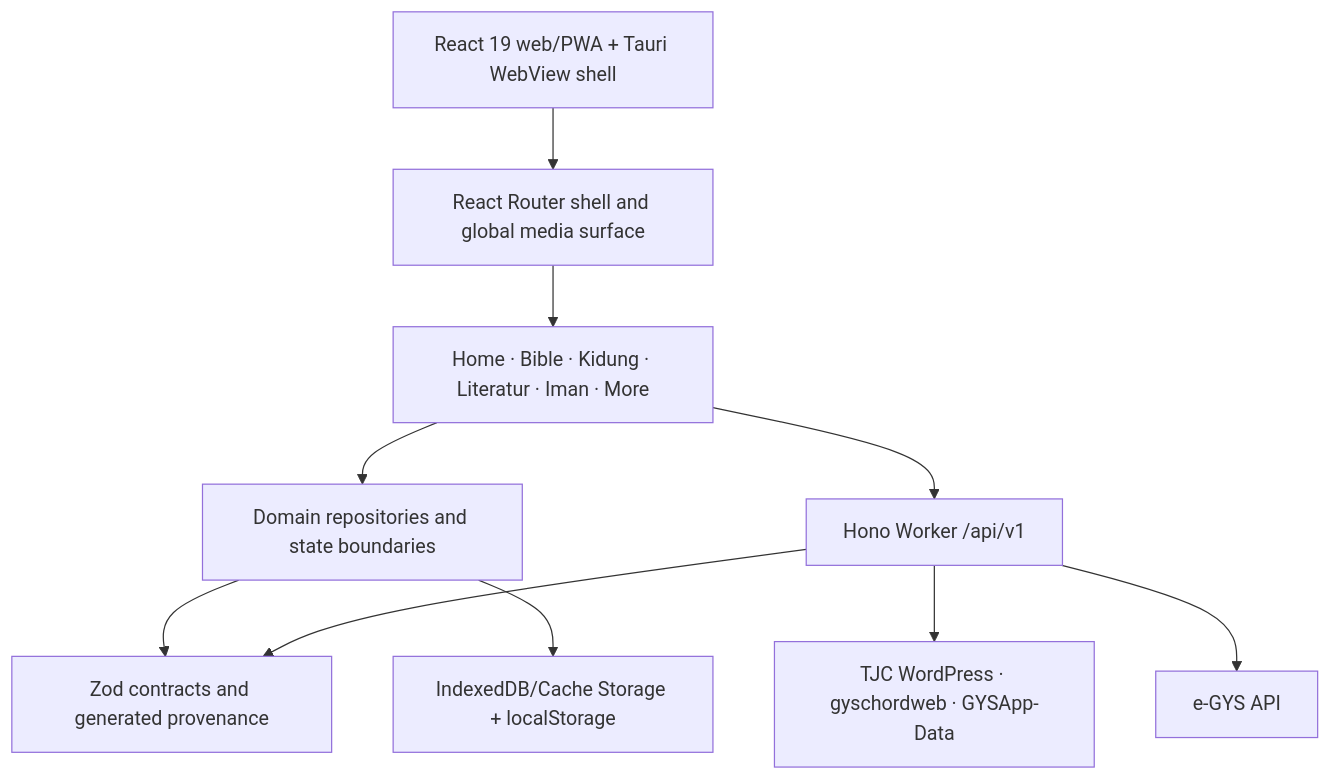
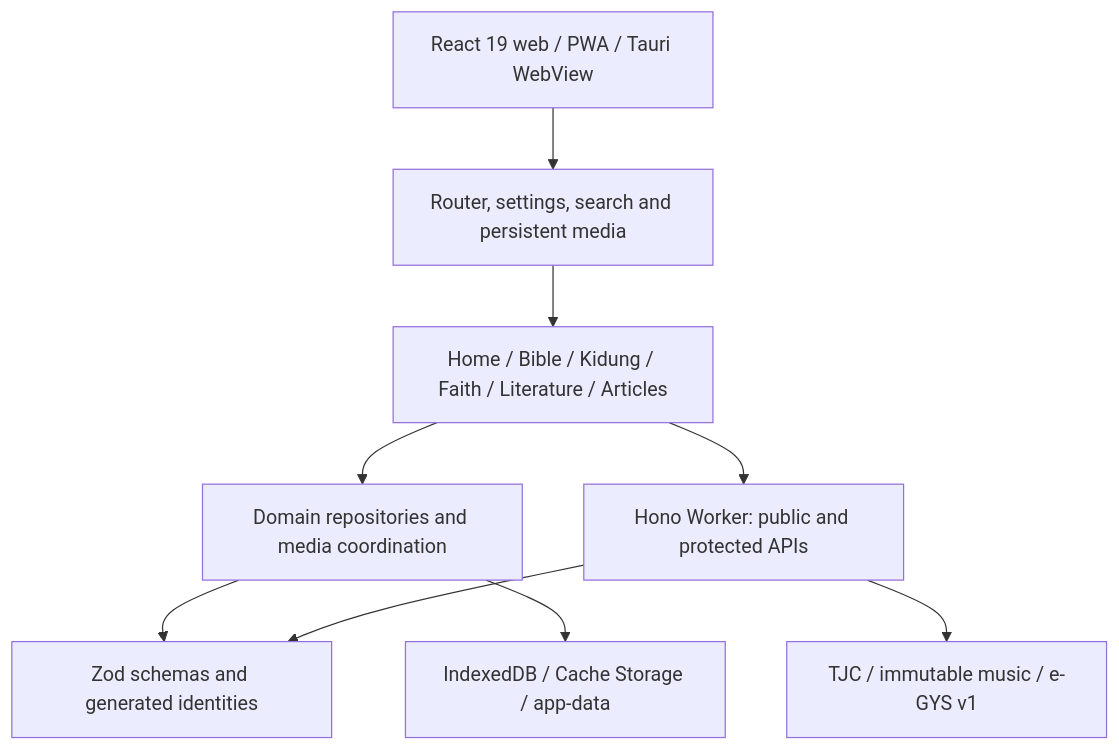
The first of 19 diagrams in docs/architecture.md (gyspnk/GYSApp-Tauri), drawn with Mermaid before and after one commit. The commit also changed other lines of this file and 140 other files, not shown here.

````diff
--- a/docs/architecture.md
+++ b/docs/architecture.md
@@ -6,20 +8,16 @@
 ```mermaid
 flowchart TB
-  UI[React 19 web/PWA + Tauri WebView shell]
-  ROUTER[React Router shell and global media surface]
-  FEATURES[Home · Bible · Kidung · Literatur · Iman · More]
-  DOMAIN[Domain repositories and state boundaries]
-  CONTRACTS[Zod contracts and generated provenance]
-  BFF[Hono Worker /api/v1]
-  LOCAL[IndexedDB/Cache Storage + localStorage]
-  SOURCES[TJC WordPress · gyschordweb · GYSApp-Data]
-  EGYS[e-GYS API]
-
-  UI --> ROUTER --> FEATURES --> DOMAIN
-  DOMAIN --> CONTRACTS
-  DOMAIN --> LOCAL
-  FEATURES --> BFF
-  BFF --> CONTRACTS
-  BFF --> SOURCES
-  BFF --> EGYS
+  UI[React 19 web / PWA / Tauri WebView]
+  SHELL[Router, settings, search and persistent media]
+  FEATURE[Home / Bible / Kidung / Faith / Literature / Articles]
+  DOMAIN[Domain repositories and media coordination]
+  CONTRACT[Zod schemas and generated identities]
+  STORE[IndexedDB / Cache Storage / app-data]
+  BFF[Hono Worker: public and protected APIs]
+  UPSTREAM[TJC / immutable music / e-GYS v1]
+  UI --> SHELL --> FEATURE
+  FEATURE --> DOMAIN --> CONTRACT
+  DOMAIN --> STORE
+  FEATURE --> BFF --> CONTRACT
+  BFF --> UPSTREAM
 ```
````
